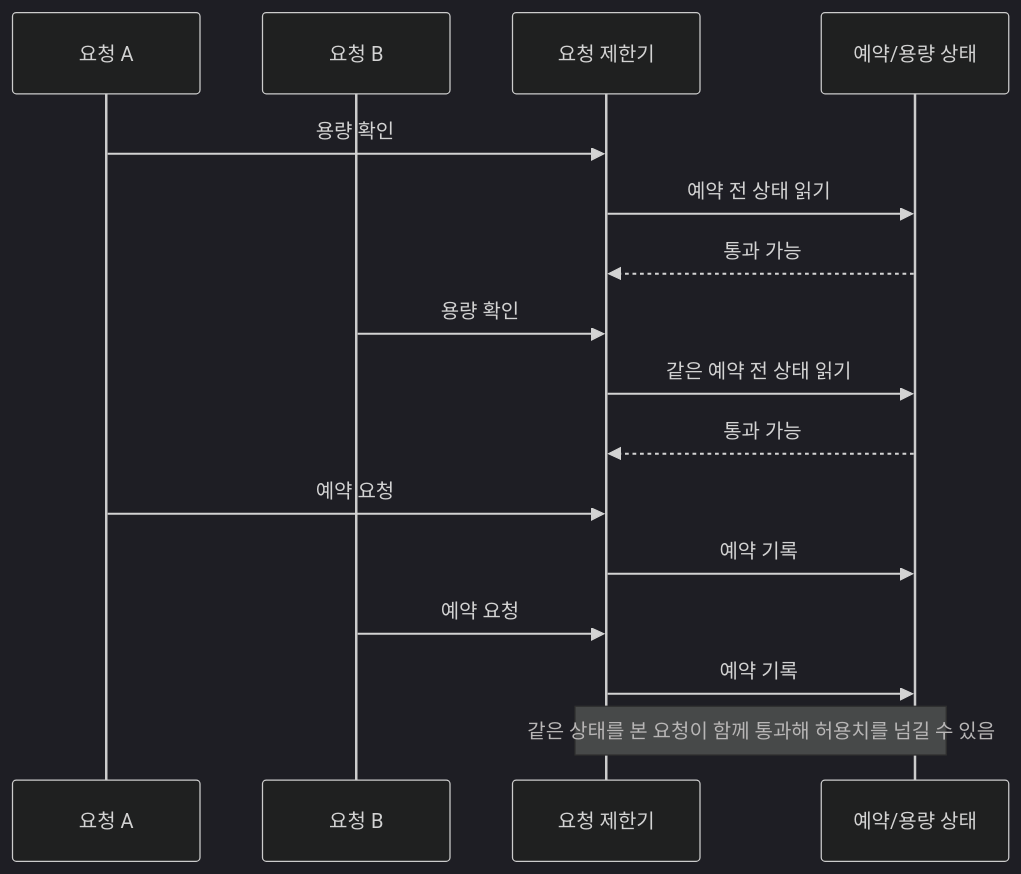
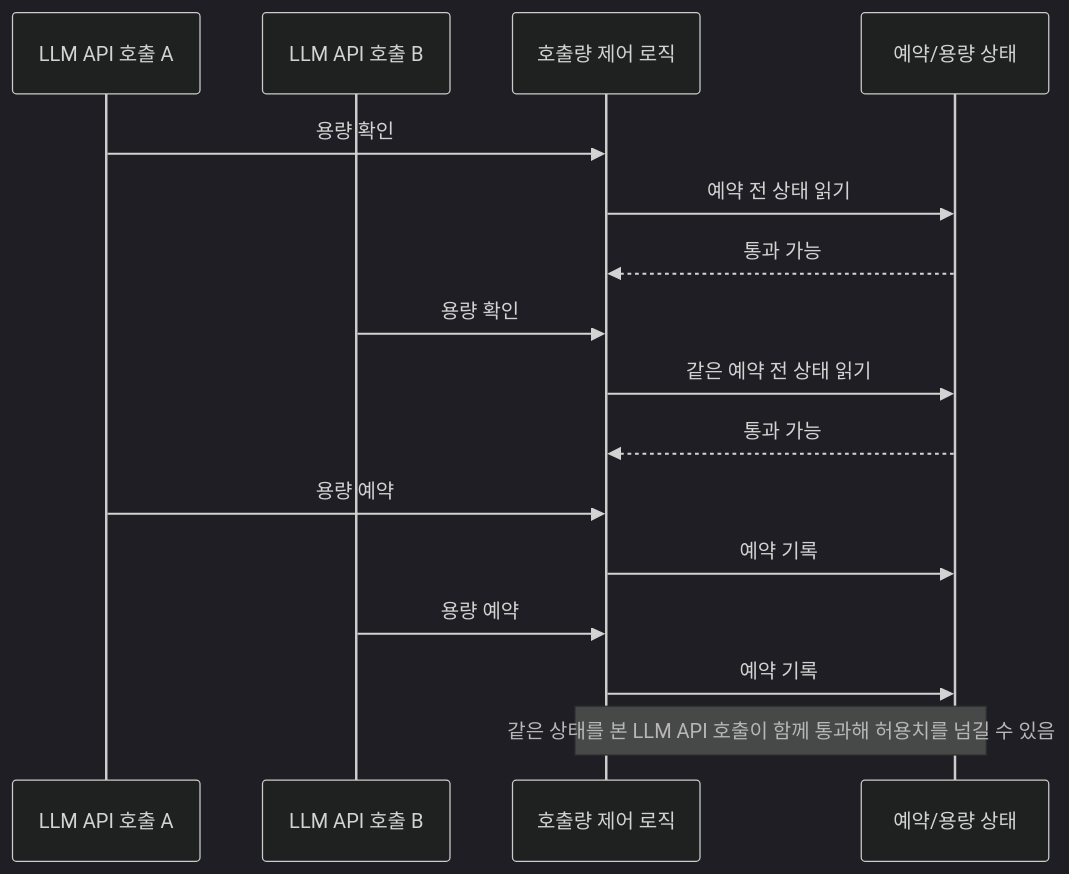
Before and after one commit to zmrdltl/portfolio: the second of 2 diagrams in docs/experience/cluml.md, drawn with Mermaid (dark theme). The commit also changed other lines of this file and 6 other files, not shown here.

First line of the commit message:
docs: 외부 LLM API 호출량 제어 사례를 명확화

````diff
--- a/docs/experience/cluml.md
+++ b/docs/experience/cluml.md
@@ -28,19 +32,19 @@
 ```mermaid { .diagram-scroll }
 sequenceDiagram
-  participant A as 요청 A
-  participant B as 요청 B
-  participant L as 요청 제한기
+  participant A as LLM API 호출 A
+  participant B as LLM API 호출 B
+  participant L as 호출량 제어 로직
   participant S as 예약/용량 상태
 
   A->>L: 용량 확인
   L->>S: 예약 전 상태 읽기
   S-->>L: 통과 가능
   B->>L: 용량 확인
   L->>S: 같은 예약 전 상태 읽기
   S-->>L: 통과 가능
-  A->>L: 예약 요청
+  A->>L: 용량 예약
   L->>S: 예약 기록
-  B->>L: 예약 요청
+  B->>L: 용량 예약
   L->>S: 예약 기록
-  Note over L,S: 같은 상태를 본 요청이 함께 통과해 허용치를 넘길 수 있음
+  Note over L,S: 같은 상태를 본 LLM API 호출이 함께 통과해 허용치를 넘길 수 있음
 ```
````
